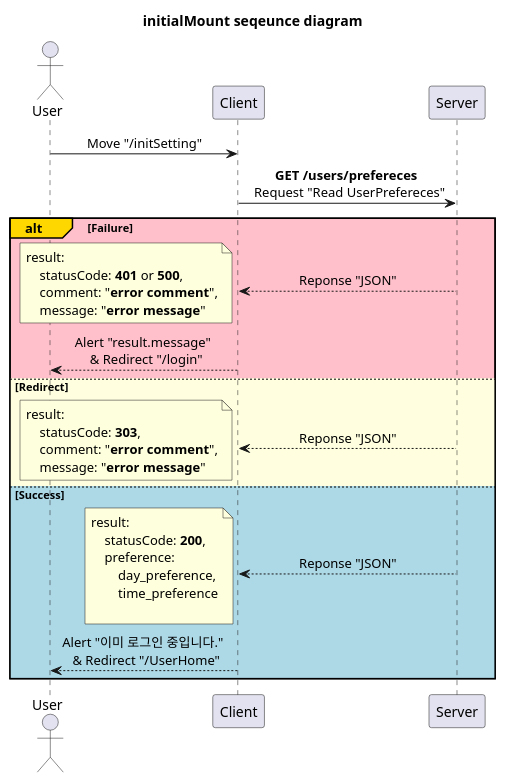
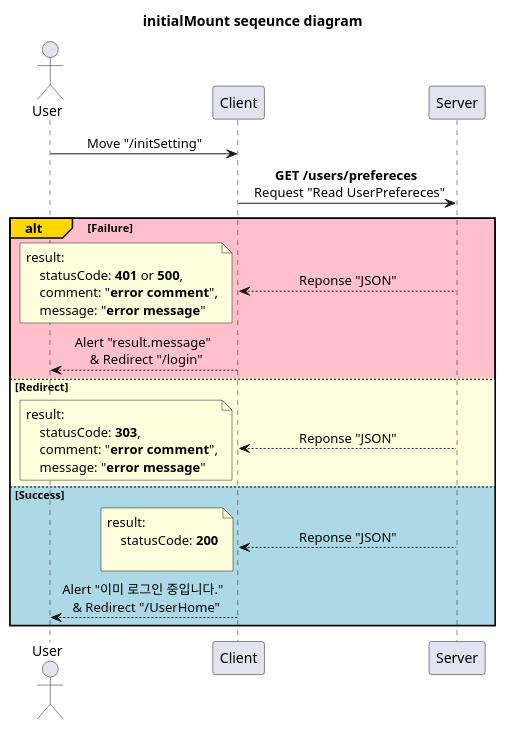
The diagram in diagram/initSetting_page/initialMount.puml (devSeungBin/SSCS), drawn with PlantUML before and after one commit. The commit also changed 22 other files, not shown here.

```diff
--- a/diagram/initSetting_page/initialMount.puml
+++ b/diagram/initSetting_page/initialMount.puml
@@ -1,49 +1,46 @@
 @startuml initialMount
 'http://localhost:3000/initSetting
 
 title initialMount seqeunce diagram
 
 skinparam SequenceMessageAlignment center
 
 participant Server order 30
 participant Client order 20
 actor User order 10
 
 User -> Client: Move "/initSetting"
 
 Client -> Server: **GET /users/prefereces** \n Request "Read UserPrefereces"
 
 alt#Gold #Pink Failure
     Client <-- Server: Reponse "JSON"
     note left
         result:
             statusCode: **401** or **500**,
             comment: "**error comment**",
             message: "**error message**"
     end note
     User <-- Client: Alert "result.message" \n & Redirect "/login"
 
 else #LightYellow Redirect
     Client <-- Server: Reponse "JSON"
     note left
         result:
             statusCode: **303**,
             comment: "**error comment**",
             message: "**error message**"
     end note
 
 else #LightBlue Success
     Client <-- Server: Reponse "JSON"
     note left
         result:
-            statusCode: **200**,
-            preference:
-                day_preference,
-                time_preference
+            statusCode: **200**
 
     end note
     User <-- Client: Alert "이미 로그인 중입니다." \n & Redirect "/UserHome"
 
 end
 
 @enduml
```
